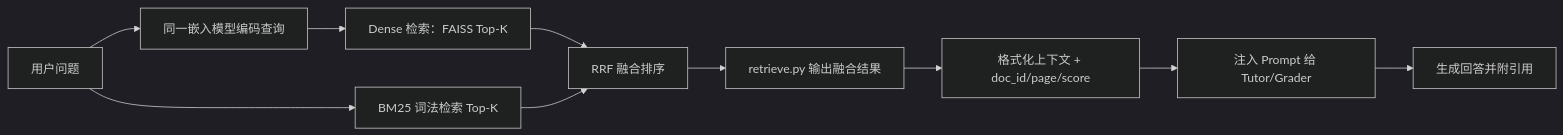
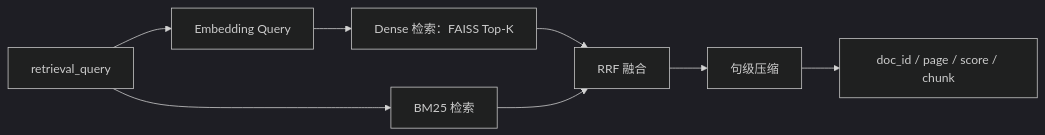
One commit to Eric-he-cn/course-pilot changed the fourth of 13 diagrams in docs/guides/architecture.md. Above: the diagram before and after it, drawn with Mermaid (dark theme). The commit also changed other lines of this file, not shown here.

Commit message:
docs: enrich architecture guide visuals and storage details

````diff
--- a/docs/guides/architecture.md
+++ b/docs/guides/architecture.md
@@ -67,12 +324,10 @@
 ```mermaid
 flowchart LR
-    Q[用户问题] --> QE[同一嵌入模型编码查询]
+    Q[retrieval_query] --> QE[Embedding Query]
     QE --> D[Dense 检索：FAISS Top-K]
-    Q --> B[BM25 词法检索 Top-K]
-    D --> F[RRF 融合排序]
+    Q --> B[BM25 检索]
+    D --> F[RRF 融合]
     B --> F
-    F --> R[retrieve.py 输出融合结果]
-    R --> X[格式化上下文 + doc_id/page/score]
-    X --> LLM[注入 Prompt 给 Tutor/Grader]
-    LLM --> OUT[生成回答并附引用]
+    F --> C[句级压缩]
+    C --> OUT[doc_id / page / score / chunk]
 ```
````
